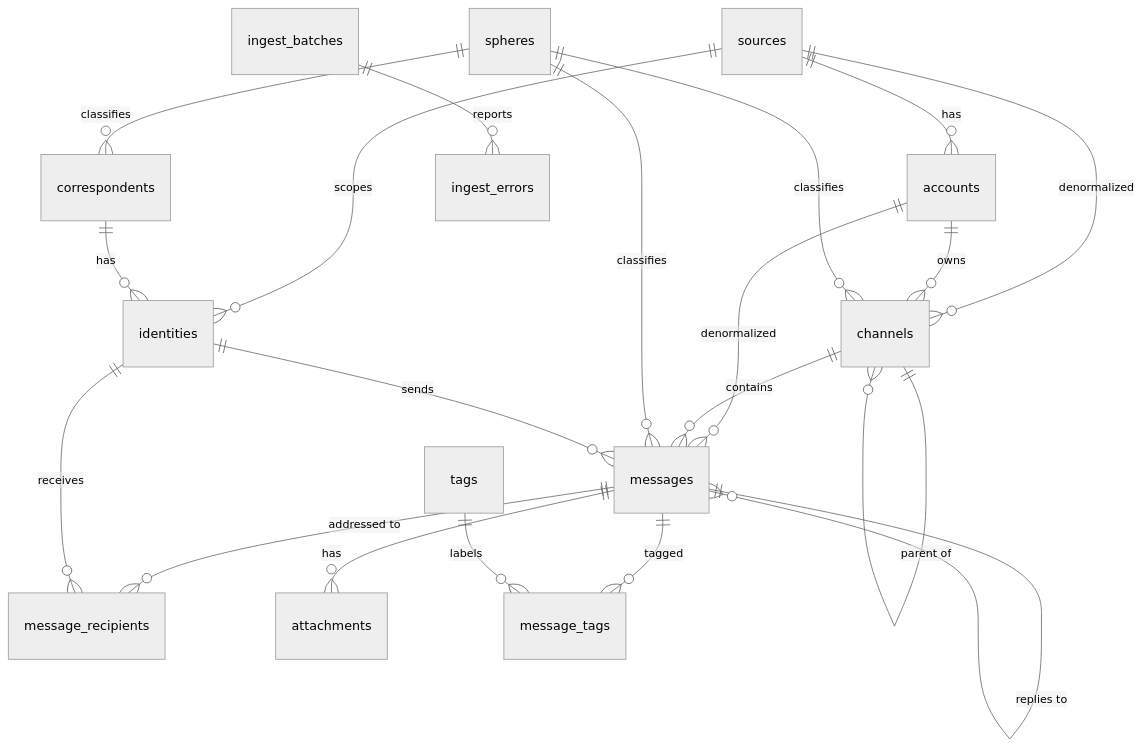
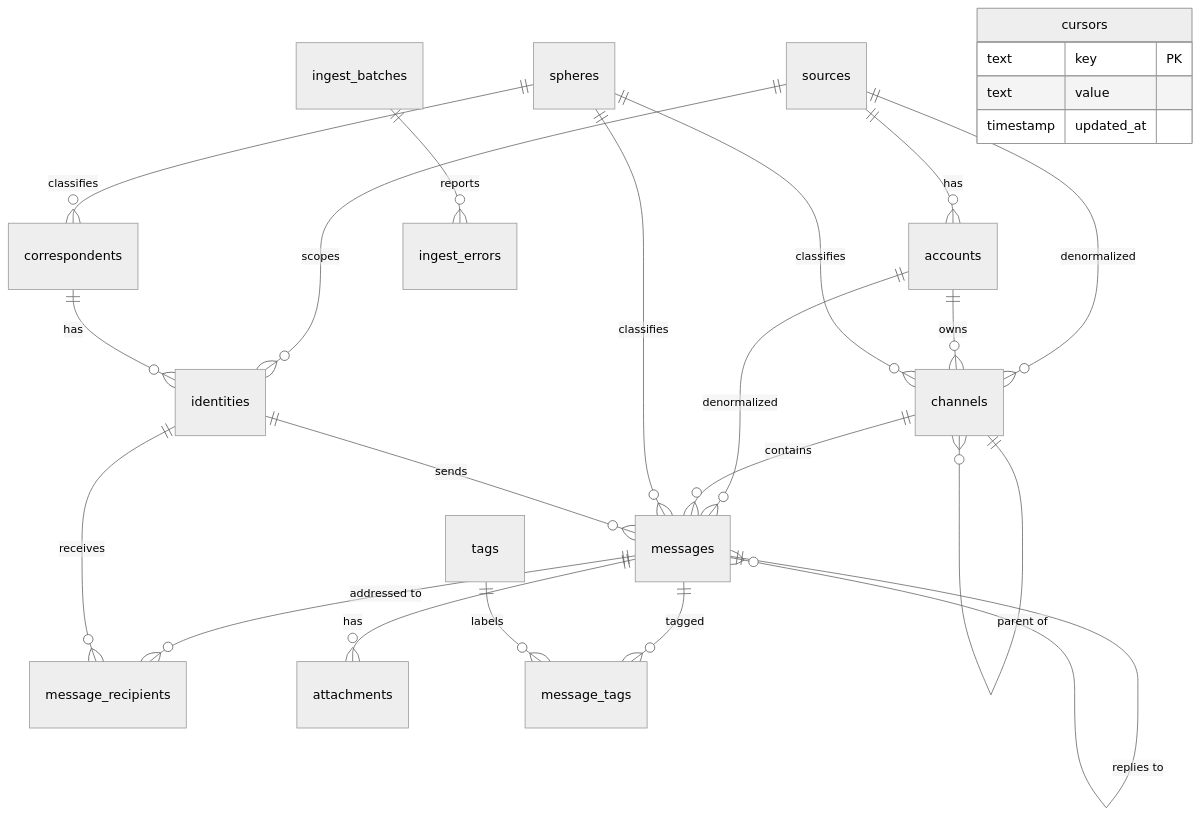
One commit to jovandeginste/commhub changed the diagram in docs/design.md. Above: the diagram before and after it, drawn with Mermaid (neutral theme). The commit also changed other lines of this file and 28 other files, not shown here.

````diff
--- a/docs/design.md
+++ b/docs/design.md
@@ -74,22 +74,27 @@
 ```mermaid
 erDiagram
     sources ||--o{ accounts : has
     sources ||--o{ channels : "denormalized"
     sources ||--o{ identities : scopes
     accounts ||--o{ channels : owns
     accounts ||--o{ messages : "denormalized"
     channels ||--o{ messages : contains
     channels ||--o{ channels : "parent of"
     spheres ||--o{ channels : classifies
     spheres ||--o{ correspondents : classifies
     spheres ||--o{ messages : classifies
     correspondents ||--o{ identities : has
     identities ||--o{ messages : sends
     messages ||--o{ message_recipients : "addressed to"
     identities ||--o{ message_recipients : receives
     messages ||--o{ attachments : has
     messages ||--o{ message_tags : tagged
     tags ||--o{ message_tags : labels
     messages ||--o{ messages : "replies to"
     ingest_batches ||--o{ ingest_errors : reports
+    cursors {
+        text key PK
+        text value
+        timestamp updated_at
+    }
 ```
````
